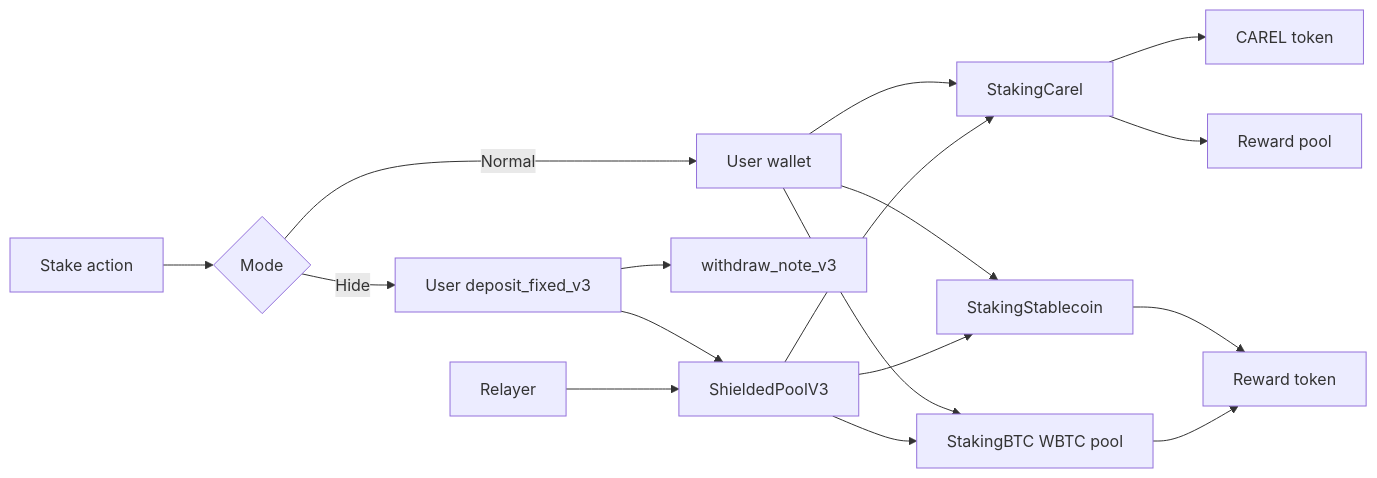
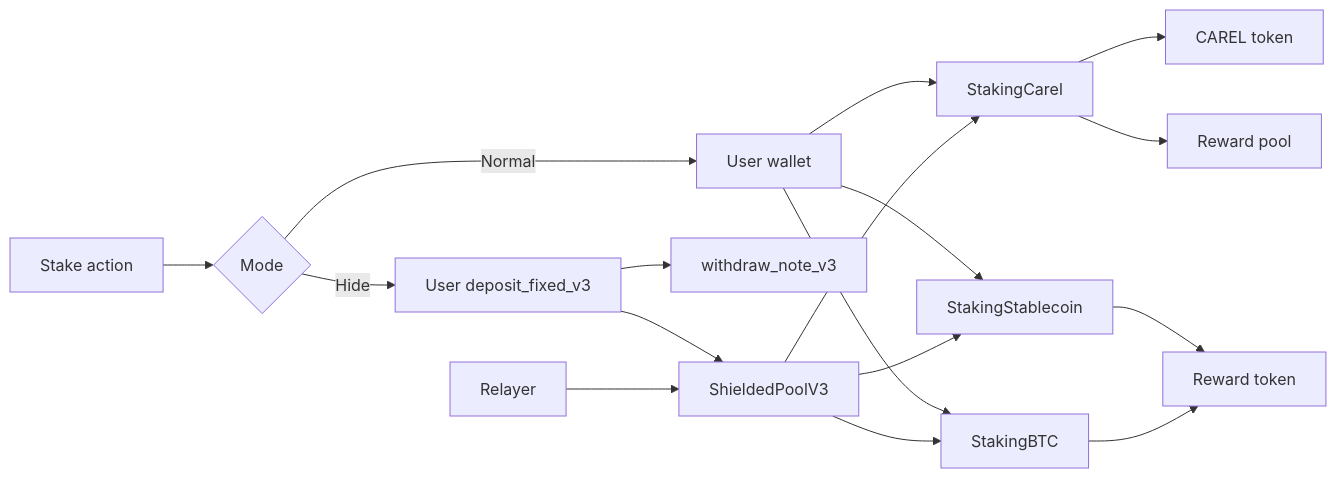
Before and after one commit to ntfound-dev/zkcarel_protocol: the fourth of 5 diagrams in smartcontract/README.md, drawn with Mermaid. The commit also changed other lines of this file and 1 other file, not shown here.

Commit message:
docs: clarify stakingbtc and ai hide flow

````diff
--- a/smartcontract/README.md
+++ b/smartcontract/README.md
@@ -166,19 +167,19 @@
 ```mermaid
 flowchart LR
   A[Stake action] --> B{Mode}
   B -->|Normal| U[User wallet]
   U --> SCAREL[StakingCarel]
   U --> SSTABLE[StakingStablecoin]
-  U --> SBTC[StakingBTC WBTC pool]
+  U --> SBTC[StakingBTC]
   B -->|Hide| NOTE[User deposit_fixed_v3]
   NOTE --> WD[withdraw_note_v3]
   NOTE --> EXEC[ShieldedPoolV3]
   R[Relayer] --> EXEC
   EXEC --> SCAREL
   EXEC --> SSTABLE
   EXEC --> SBTC
   SCAREL --> CAREL[CAREL token]
   SCAREL --> RPOOL[Reward pool]
   SSTABLE --> RTOKEN[Reward token]
   SBTC --> RTOKEN
 ```
````
